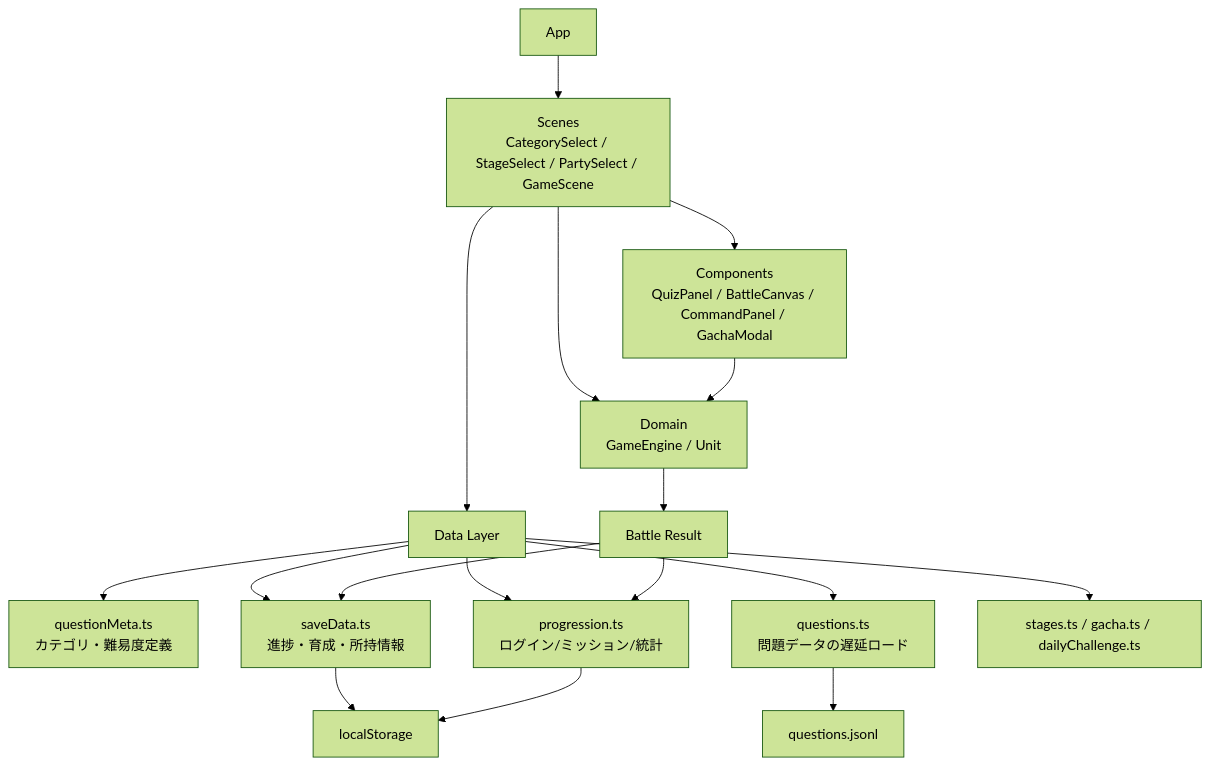
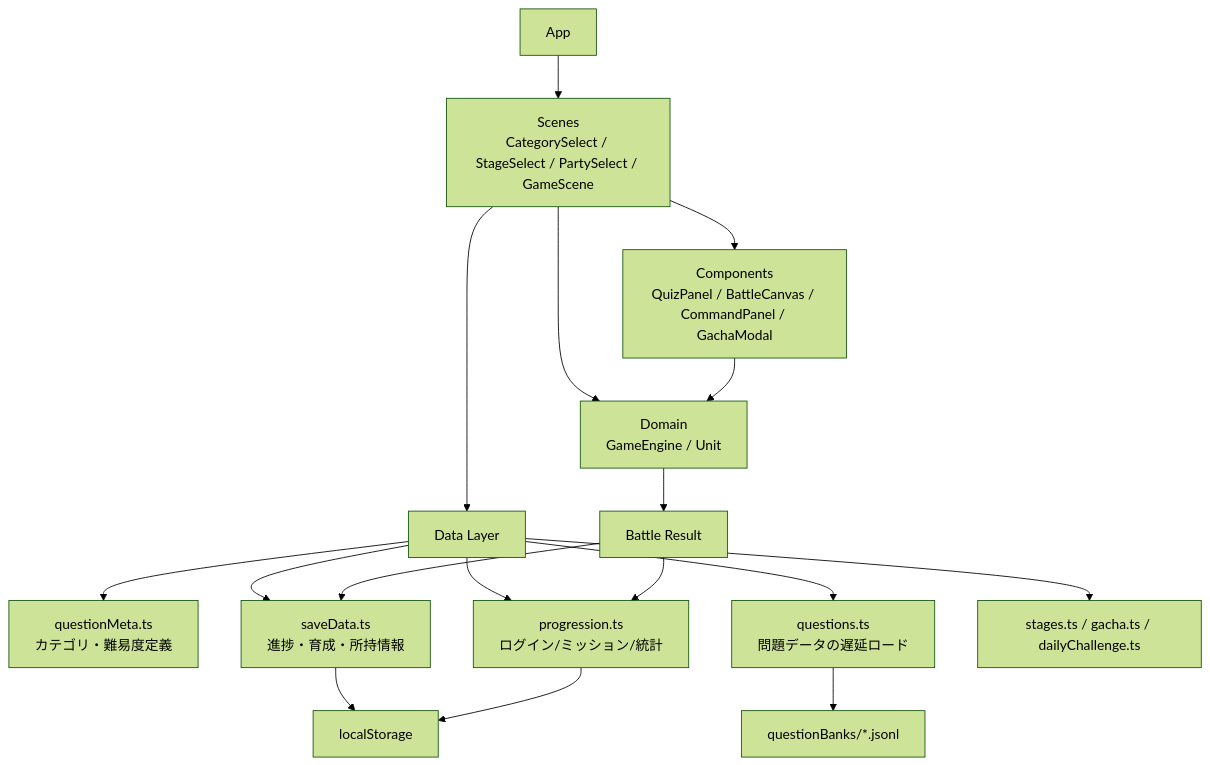
One commit to aster-mi/learning-td changed the diagram in README.md. Above: the diagram before and after it, drawn with Mermaid (forest theme). The commit also changed 15 other files, not shown here.

First line of the commit message:
perf(data): split question banks by category

````diff
--- a/README.md
+++ b/README.md
@@ -18,22 +18,22 @@
 ```mermaid
 flowchart TD
     A["App"] --> B["Scenes<br/>CategorySelect / StageSelect / PartySelect / GameScene"]
     B --> C["Components<br/>QuizPanel / BattleCanvas / CommandPanel / GachaModal"]
     B --> D["Domain<br/>GameEngine / Unit"]
     B --> E["Data Layer"]
 
     E --> E1["questionMeta.ts<br/>カテゴリ・難易度定義"]
     E --> E2["questions.ts<br/>問題データの遅延ロード"]
     E --> E3["saveData.ts<br/>進捗・育成・所持情報"]
     E --> E4["progression.ts<br/>ログイン/ミッション/統計"]
     E --> E5["stages.ts / gacha.ts / dailyChallenge.ts"]
 
-    E2 --> F["questions.jsonl"]
+    E2 --> F["questionBanks/*.jsonl"]
     E3 --> G["localStorage"]
     E4 --> G
 
     C --> D
     D --> H["Battle Result"]
     H --> E3
     H --> E4
 ```
````
